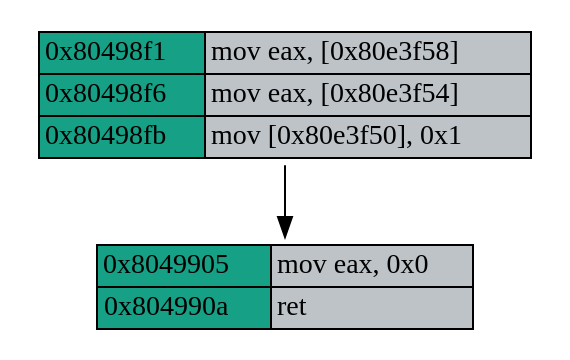
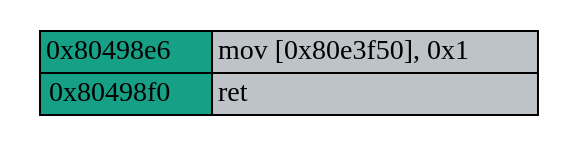
The diagram in VM/tools-paper/Examples/example-empty-default/function_cfg.dot (Nicolnegg/researh), drawn with Graphviz before and after one commit. The commit also changed 53 other files, not shown here.

```diff
--- a/VM/tools-paper/Examples/example-empty-default/function_cfg.dot
+++ b/VM/tools-paper/Examples/example-empty-default/function_cfg.dot
@@ -1,18 +1,11 @@
 digraph G {
   node [shape=plaintext, ];
-  411254876 [label=<<table border="0" cellspacing="0">
-<tr><td border="1" bgcolor="#16a085">0x8049905</td><td border="1" bgcolor="#bdc3c7" align="left">mov eax, 0x0</td></tr>
-<tr><td border="1" bgcolor="#16a085">0x804990a</td><td border="1" bgcolor="#bdc3c7" align="left">ret</td></tr>
+  57437842 [label=<<table border="0" cellspacing="0">
+<tr><td border="1" bgcolor="#16a085">0x80498e6</td><td border="1" bgcolor="#bdc3c7" align="left">mov [0x80e3f50], 0x1</td></tr>
+<tr><td border="1" bgcolor="#16a085">0x80498f0</td><td border="1" bgcolor="#bdc3c7" align="left">ret</td></tr>
 </table>>,
-             ];
-  767485574 [label=<<table border="0" cellspacing="0">
-<tr><td border="1" bgcolor="#16a085">0x80498f1</td><td border="1" bgcolor="#bdc3c7" align="left">mov eax, [0x80e3f58]</td></tr>
-<tr><td border="1" bgcolor="#16a085">0x80498f6</td><td border="1" bgcolor="#bdc3c7" align="left">mov eax, [0x80e3f54]</td></tr>
-<tr><td border="1" bgcolor="#16a085">0x80498fb</td><td border="1" bgcolor="#bdc3c7" align="left">mov [0x80e3f50], 0x1</td></tr>
-</table>>,
-             ];
+            ];
   
   
-  767485574 -> 411254876 [minlen=1, ];
   
   }
```
